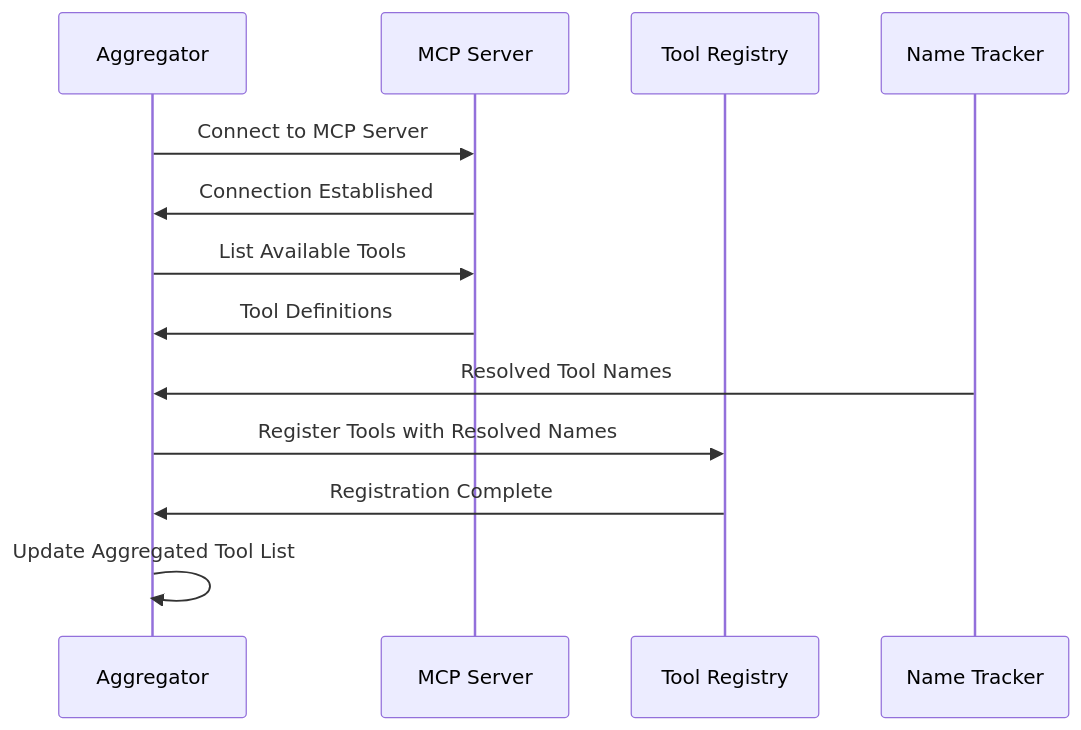
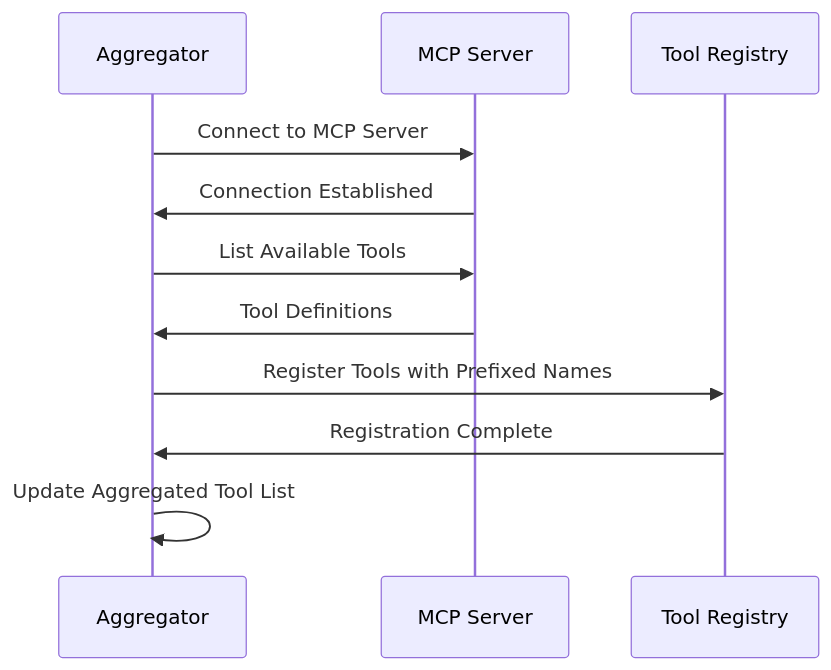
The third of 4 diagrams in docs/explanation/mcp-aggregation.md (giantswarm/muster), drawn with Mermaid before and after one commit. The commit also changed other lines of this file and 23 other files, not shown here.

````diff
--- a/docs/explanation/mcp-aggregation.md
+++ b/docs/explanation/mcp-aggregation.md
@@ -146,16 +145,14 @@
 ```mermaid
 sequenceDiagram
     participant A as Aggregator
     participant S as MCP Server
     participant R as Tool Registry
-    participant N as Name Tracker
     
     A->>S: Connect to MCP Server
     S->>A: Connection Established
     A->>S: List Available Tools
     S->>A: Tool Definitions
-    N->>A: Resolved Tool Names
-    A->>R: Register Tools with Resolved Names
+    A->>R: Register Tools with Prefixed Names
     R->>A: Registration Complete
     A->>A: Update Aggregated Tool List
 ```
````
